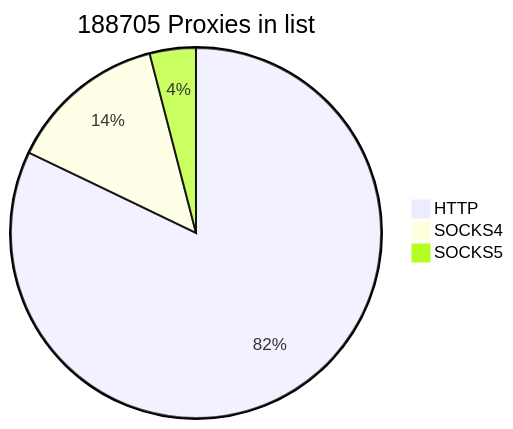
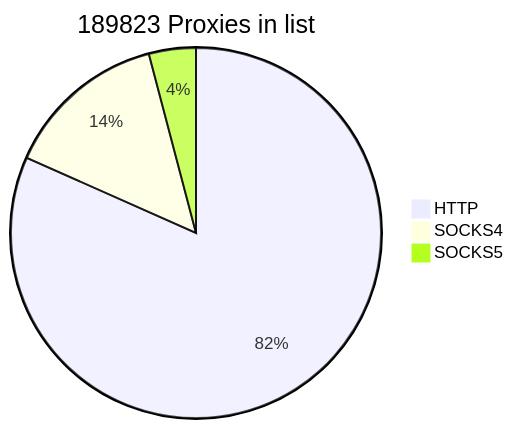
The first of 2 diagrams in README.md (cutipu/proxylist), drawn with Mermaid before and after one commit. The commit also changed other lines of this file, not shown here.

````diff
--- a/README.md
+++ b/README.md
@@ -2,7 +2,7 @@
 ```mermaid
-pie title 188705 Proxies in list
-    "HTTP" : 154992
-    "SOCKS4" : 26117
-    "SOCKS5" : 7596
+pie title 189823 Proxies in list
+    "HTTP" : 154996
+    "SOCKS4" : 27047
+    "SOCKS5" : 7780
             
 ```
````
